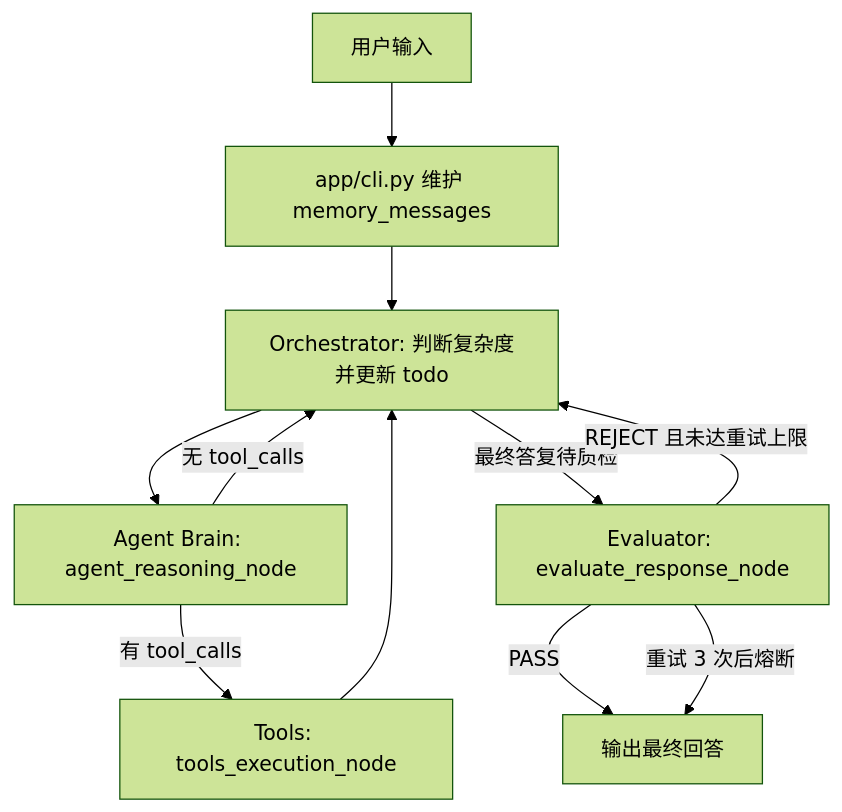
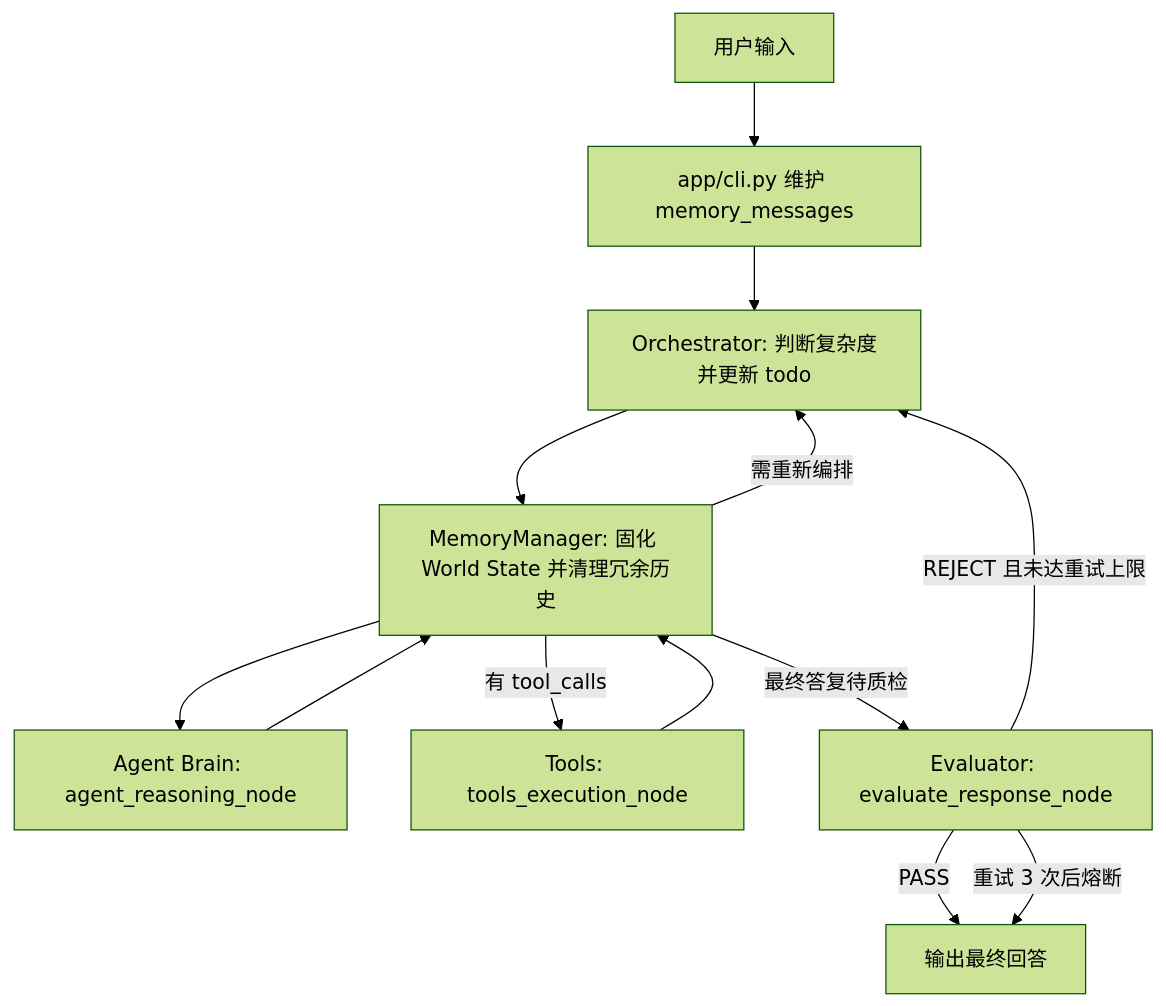
The diagram in README.md (JO-WTF/agent-framework), drawn with Mermaid (forest theme) before and after one commit. The commit also changed other lines of this file and 17 other files, not shown here.

Commit message:
Add world state memory manager

````diff
--- a/README.md
+++ b/README.md
@@ -29,13 +29,15 @@
 ```mermaid
 flowchart TD
     U[用户输入] --> M[app/cli.py 维护 memory_messages]
     M --> O[Orchestrator: 判断复杂度并更新 todo]
-    O --> A[Agent Brain: agent_reasoning_node]
-    A -->|有 tool_calls| T[Tools: tools_execution_node]
-    T --> O
-    A -->|无 tool_calls| O
-    O -->|最终答复待质检| E[Evaluator: evaluate_response_node]
+    O --> MM[MemoryManager: 固化 World State 并清理冗余历史]
+    MM --> A[Agent Brain: agent_reasoning_node]
+    A --> MM
+    MM -->|有 tool_calls| T[Tools: tools_execution_node]
+    T --> MM
+    MM -->|需重新编排| O
+    MM -->|最终答复待质检| E[Evaluator: evaluate_response_node]
     E -->|PASS| END[输出最终回答]
     E -->|REJECT 且未达重试上限| O
     E -->|重试 3 次后熔断| END
 ```
````
